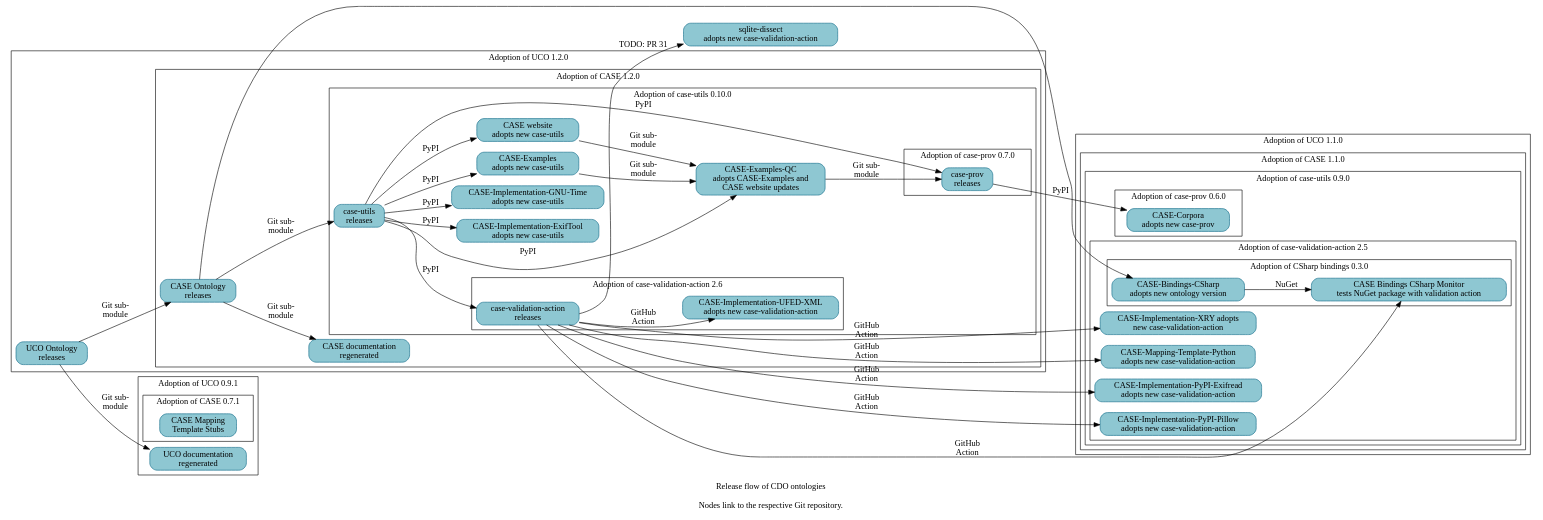
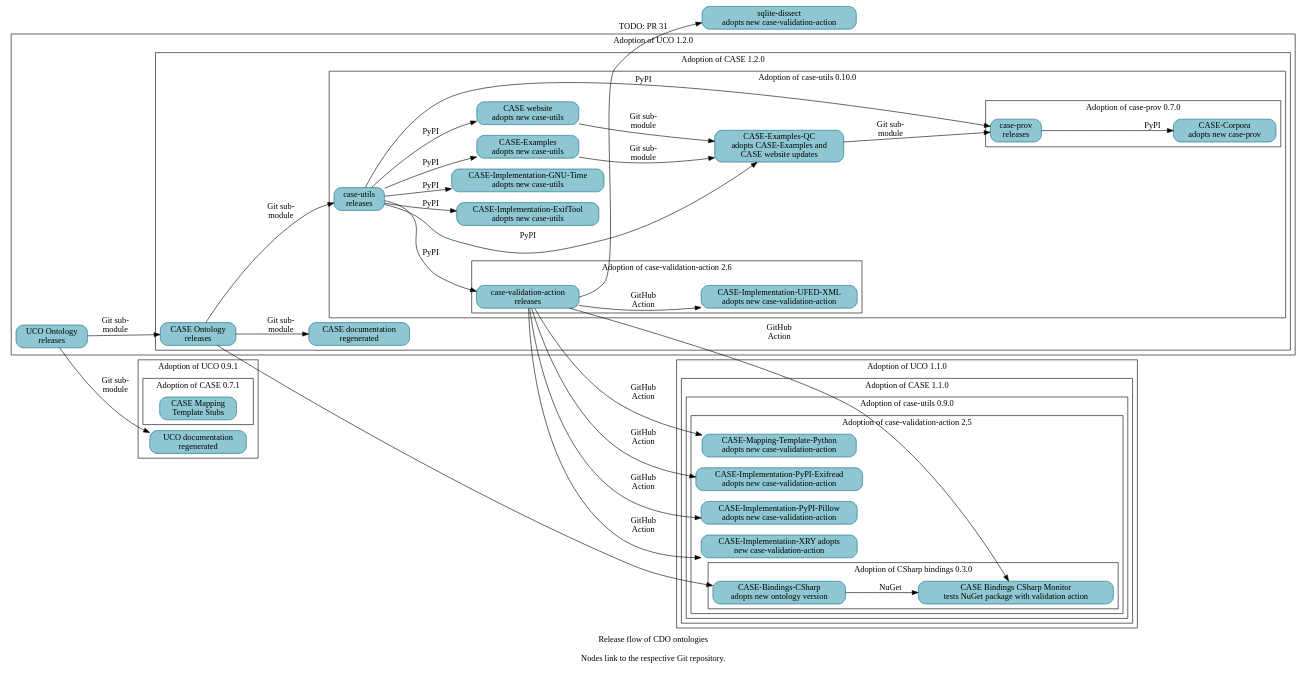
Before and after one commit to Cyber-Domain-Ontology/cdo.github.io: the diagram in resources/project_release_flow.dot, drawn with Graphviz.

Commit message:
Bump CASE-Corpora adoption status
A follow-on patch will regenerate Make-managed files.

```diff
--- a/resources/project_release_flow.dot
+++ b/resources/project_release_flow.dot
@@ -1,117 +1,112 @@
 digraph "cdo_release_flow" {
   label = "Release flow of CDO ontologies\n\nNodes link to the respective Git repository." ;
   rankdir = "LR" ;
   node [shape="rectangle" style="filled,rounded" fillcolor="#8EC7D2" color="#0D6986"] ;
 
 
   // Define nodes in their corresponding progress subgraph.
 
   subgraph cluster_uco_0_9_1 {
     label = "Adoption of UCO 0.9.1" ;
 
     _GH__UCOPROJECT__ONTOLOGY_UNIFIEDCYBERONTOLOGY_ORG [URL="https://github.com/ucoProject/ontology.unifiedcyberontology.org" label="UCO documentation\nregenerated"] ;
 
     subgraph cluster_case_0_7_1 {
       label = "Adoption of CASE 0.7.1" ;
       _GH__CASEWORK__CASE_MAPPING_TEMPLATE_STUBS [URL="https://github.com/casework/CASE-Mapping-Template-Stubs" label="CASE Mapping\nTemplate Stubs"] ;
     }
   }
   subgraph cluster_uco_1_1_0 {
     label = "Adoption of UCO 1.1.0" ;
 
     subgraph cluster_case_1_1_0 {
       label = "Adoption of CASE 1.1.0" ;
 
       subgraph cluster_case_utils_0_9_0 {
         label = "Adoption of case-utils 0.9.0" ;
-
-        subgraph cluster_case_prov_0_6_0 {
-          label = "Adoption of case-prov 0.6.0" ;
-
-          _GH__CASEWORK__CASE_CORPORA [URL="https://github.com/casework/CASE-Corpora" label="CASE-Corpora\nadopts new case-prov"] ;
-        }
 
         subgraph cluster_case_validation_action_2_5 {
           label = "Adoption of case-validation-action 2.5" ;
 
           _GH__CASEWORK__CASE_IMPLEMENTATON_PYPI_EXIFREAD [URL="https://github.com/casework/CASE-Implementation-PyPI-Exifread" label="CASE-Implementation-PyPI-Exifread\nadopts new case-validation-action"] ;
           _GH__CASEWORK__CASE_IMPLEMENTATON_PYPI_PILLOW [URL="https://github.com/casework/CASE-Implementation-PyPI-Pillow" label="CASE-Implementation-PyPI-Pillow\nadopts new case-validation-action"] ;
           _GH__CASEWORK__CASE_IMPLEMENTATON_XRY [URL="https://github.com/casework/CASE-Implementation-XRY" label="CASE-Implementation-XRY adopts\nnew case-validation-action"] ;
           _GH__CASEWORK__CASE_MAPPING_TEMPLATE_PYTHON [URL="https://github.com/casework/CASE-Mapping-Template-Python" label="CASE-Mapping-Template-Python\nadopts new case-validation-action"] ;
 
           subgraph cluster_case_bindings_csharp_0_3_0 {
             label = "Adoption of CSharp bindings 0.3.0" ;
             _GH__CASEWORK__CASE_BINDINGS_CSHARP_MONITOR [URL="https://github.com/casework/CASE-Bindings-CSharp-Monitor" label="CASE Bindings CSharp Monitor\ntests NuGet package with validation action"] ;
             _GH__CIPHERTECHSOLUTIONS__CASE_BINDINGS_CSHARP [URL="https://github.com/ciphertechsolutions/CASE-Bindings-CSharp" label="CASE-Bindings-CSharp\nadopts new ontology version"]
           }
         }
       }
     }
   }
   subgraph cluster_uco_1_2_0 {
     label = "Adoption of UCO 1.2.0" ;
 
     _GH__UCOPROJECT__UCO [URL="https://github.com/ucoProject/UCO" label="UCO Ontology\nreleases"] ;
 
     subgraph cluster_case_1_2_0 {
       label = "Adoption of CASE 1.2.0" ;
 
       _GH__CASEWORK__CASE [URL="https://github.com/casework/CASE" label="CASE Ontology\nreleases"] ;
       _GH__CASEWORK__ONTOLOGY_CASEONTOLOGY_ORG [URL="https://github.com/casework/ontology.caseontology.org" label="CASE documentation\nregenerated"] ;
 
       subgraph cluster_case_utils_0_10_0 {
         label = "Adoption of case-utils 0.10.0" ;
 
         _GH__AJNELSON_NIST__CASE_EXAMPLES_QC [URL="https://github.com/ajnelson-nist/CASE-Examples-QC" label="CASE-Examples-QC\nadopts CASE-Examples and\nCASE website updates"] ;
         _GH__CASEWORK__CASE_EXAMPLES [URL="https://github.com/casework/CASE-Examples" label="CASE-Examples\nadopts new case-utils"] ;
         _GH__CASEWORK__CASE_IMPLEMENTATON_EXIFTOOL [URL="https://github.com/casework/CASE-Implementation-ExifTool" label="CASE-Implementation-ExifTool\nadopts new case-utils"] ;
         _GH__CASEWORK__CASE_IMPLEMENTATON_GNU_TIME [URL="https://github.com/casework/CASE-Implementation-GNU-Time" label="CASE-Implementation-GNU-Time\nadopts new case-utils"] ;
         _GH__CASEWORK__CASE_UTILITIES_PYTHON [URL="https://github.com/casework/CASE-Utilities-Python" label="case-utils\nreleases"] ;
         _GH__CASEWORK__CASEWORK_GITHUB_IO [URL="https://github.com/casework/casework.github.io" label="CASE website\nadopts new case-utils"] ;
 
         subgraph cluster_case_prov_0_7_0 {
           label = "Adoption of case-prov 0.7.0" ;
 
+          _GH__CASEWORK__CASE_CORPORA [URL="https://github.com/casework/CASE-Corpora" label="CASE-Corpora\nadopts new case-prov"] ;
           _GH__CASEWORK__CASE_IMPLEMENTATON_PROV_O [URL="https://github.com/casework/CASE-Implementation-PROV-O" label="case-prov\nreleases"] ;
         }
         subgraph cluster_case_validation_action_2_6 {
           label = "Adoption of case-validation-action 2.6" ;
 
           _GH__CASEWORK__CASE_IMPLEMENTATON_UFED_XML [URL="https://github.com/casework/CASE-Implementation-UFED-XML" label="CASE-Implementation-UFED-XML\nadopts new case-validation-action"] ;
           _GH__KCHASON__CASE_VALIDATION_ACTION [URL="https://github.com/kchason/case-validation-action" label="case-validation-action\nreleases"] ;
         }
       }
     }
   }
 
   _GH__DOD_CYBER_CRIME_CENTER__SQLITE_DISSECT [URL="https://github.com/dod-cyber-crime-center/sqlite-dissect" label="sqlite-dissect\nadopts new case-validation-action"] ;
 
   // Begin edges
 
   _GH__AJNELSON_NIST__CASE_EXAMPLES_QC -> _GH__CASEWORK__CASE_IMPLEMENTATON_PROV_O [label="Git sub-\nmodule"] ;
   _GH__CASEWORK__CASE -> _GH__CASEWORK__CASE_UTILITIES_PYTHON [label="Git sub-\nmodule"] ;
   _GH__CASEWORK__CASE -> _GH__CIPHERTECHSOLUTIONS__CASE_BINDINGS_CSHARP ;
   _GH__CASEWORK__CASE -> _GH__CASEWORK__ONTOLOGY_CASEONTOLOGY_ORG [label="Git sub-\nmodule"] ; 
   _GH__CASEWORK__CASE_EXAMPLES -> _GH__AJNELSON_NIST__CASE_EXAMPLES_QC [label="Git sub-\nmodule"] ;
   _GH__CASEWORK__CASE_IMPLEMENTATON_PROV_O -> _GH__CASEWORK__CASE_CORPORA [label="PyPI"] ;
   _GH__CASEWORK__CASE_UTILITIES_PYTHON -> _GH__AJNELSON_NIST__CASE_EXAMPLES_QC [label="PyPI"] ;
   _GH__CASEWORK__CASE_UTILITIES_PYTHON -> _GH__CASEWORK__CASE_EXAMPLES [label="PyPI"] ;
   _GH__CASEWORK__CASE_UTILITIES_PYTHON -> _GH__CASEWORK__CASE_IMPLEMENTATON_EXIFTOOL [label="PyPI"] ;
   _GH__CASEWORK__CASE_UTILITIES_PYTHON -> _GH__CASEWORK__CASE_IMPLEMENTATON_GNU_TIME [label="PyPI"] ;
   _GH__CASEWORK__CASE_UTILITIES_PYTHON -> _GH__CASEWORK__CASE_IMPLEMENTATON_PROV_O [label="PyPI"] ;
   _GH__CASEWORK__CASE_UTILITIES_PYTHON -> _GH__KCHASON__CASE_VALIDATION_ACTION [label="PyPI"] ;
   _GH__CASEWORK__CASE_UTILITIES_PYTHON -> _GH__CASEWORK__CASEWORK_GITHUB_IO [label="PyPI"] ;
   _GH__CASEWORK__CASEWORK_GITHUB_IO -> _GH__AJNELSON_NIST__CASE_EXAMPLES_QC [label="Git sub-\nmodule"] ;
   _GH__CIPHERTECHSOLUTIONS__CASE_BINDINGS_CSHARP -> _GH__CASEWORK__CASE_BINDINGS_CSHARP_MONITOR [label="NuGet"] ;
   _GH__KCHASON__CASE_VALIDATION_ACTION -> _GH__CASEWORK__CASE_BINDINGS_CSHARP_MONITOR [label="GitHub\nAction"] ;
   _GH__KCHASON__CASE_VALIDATION_ACTION -> _GH__CASEWORK__CASE_IMPLEMENTATON_PYPI_EXIFREAD [label="GitHub\nAction"] ;
   _GH__KCHASON__CASE_VALIDATION_ACTION -> _GH__CASEWORK__CASE_IMPLEMENTATON_PYPI_PILLOW [label="GitHub\nAction"] ;
   _GH__KCHASON__CASE_VALIDATION_ACTION -> _GH__CASEWORK__CASE_IMPLEMENTATON_UFED_XML [label="GitHub\nAction"] ;
   _GH__KCHASON__CASE_VALIDATION_ACTION -> _GH__CASEWORK__CASE_IMPLEMENTATON_XRY [label="GitHub\nAction"] ;
   _GH__KCHASON__CASE_VALIDATION_ACTION -> _GH__CASEWORK__CASE_MAPPING_TEMPLATE_PYTHON [label="GitHub\nAction"] ;
   _GH__KCHASON__CASE_VALIDATION_ACTION -> _GH__DOD_CYBER_CRIME_CENTER__SQLITE_DISSECT [URL="https://github.com/dod-cyber-crime-center/sqlite-dissect/pull/31" label="TODO: PR 31"] ;
   // TODO _GH__UCOPROJECT__ONTOLOGY_UNIFIEDCYBERONTOLOGY_ORG -> _GH__CASEWORK__ONTOLOGY_CASEONTOLOGY_ORG [label="Tech-\ncheck"];
   _GH__UCOPROJECT__UCO -> _GH__CASEWORK__CASE [label="Git sub-\nmodule"] ;
   _GH__UCOPROJECT__UCO -> _GH__UCOPROJECT__ONTOLOGY_UNIFIEDCYBERONTOLOGY_ORG [label="Git sub-\nmodule"] ;
 
 }
```
